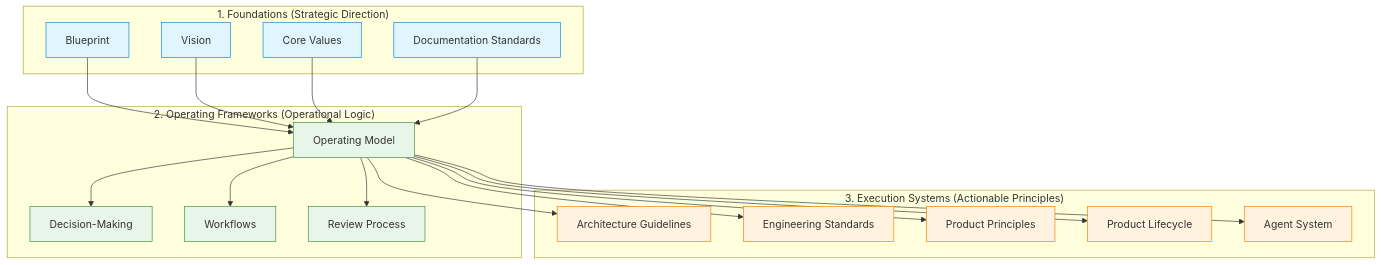
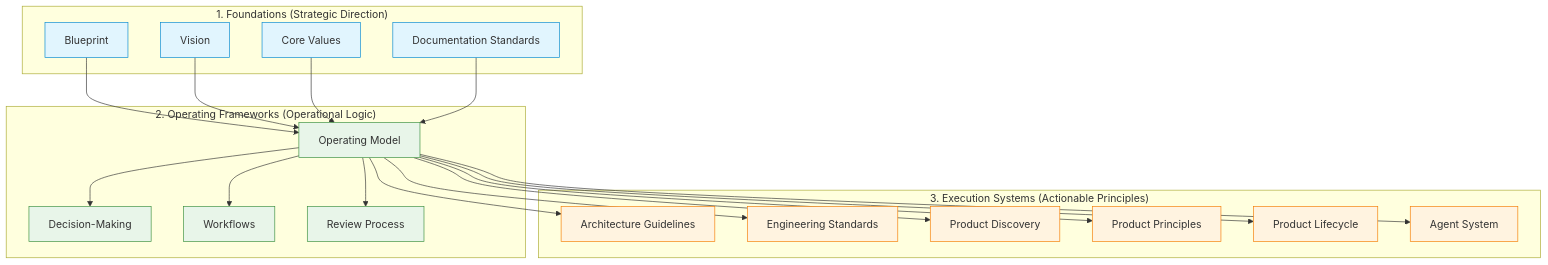
Before and after one commit to vectorlabs-studio/vectorlabs-studio: the diagram in docs/README.md, drawn with Mermaid. The commit also changed other lines of this file, not shown here.

Commit message:
docs: include PRODUCT_DISCOVERY.md in handbook README

````diff
--- a/docs/README.md
+++ b/docs/README.md
@@ -23,42 +23,44 @@
 ```mermaid
 graph TD
     classDef default fill:#f9f9f9,stroke:#333,stroke-width:1px;
     classDef foundation fill:#e1f5fe,stroke:#0288d1,stroke-width:1px;
     classDef framework fill:#e8f5e9,stroke:#388e3c,stroke-width:1px;
     classDef execution fill:#fff3e0,stroke:#f57c00,stroke-width:1px;
 
     subgraph Foundations ["1. Foundations (Strategic Direction)"]
         blueprint["Blueprint"]:::foundation
         vision["Vision"]:::foundation
         values["Core Values"]:::foundation
         doc_standards["Documentation Standards"]:::foundation
     end
 
     subgraph Frameworks ["2. Operating Frameworks (Operational Logic)"]
         op_model["Operating Model"]:::framework
         dec_making["Decision-Making"]:::framework
         workflows["Workflows"]:::framework
         review["Review Process"]:::framework
     end
 
     subgraph Execution ["3. Execution Systems (Actionable Principles)"]
         architecture["Architecture Guidelines"]:::execution
         eng_standards["Engineering Standards"]:::execution
+        prod_discovery["Product Discovery"]:::execution
         prod_principles["Product Principles"]:::execution
         lifecycle["Product Lifecycle"]:::execution
         agents["Agent System"]:::execution
     end
 
     blueprint --> op_model
     vision --> op_model
     values --> op_model
     doc_standards --> op_model
     op_model --> dec_making
     op_model --> workflows
     op_model --> review
     op_model --> architecture
     op_model --> eng_standards
+    op_model --> prod_discovery
     op_model --> prod_principles
     op_model --> lifecycle
     op_model --> agents
 ```
````
